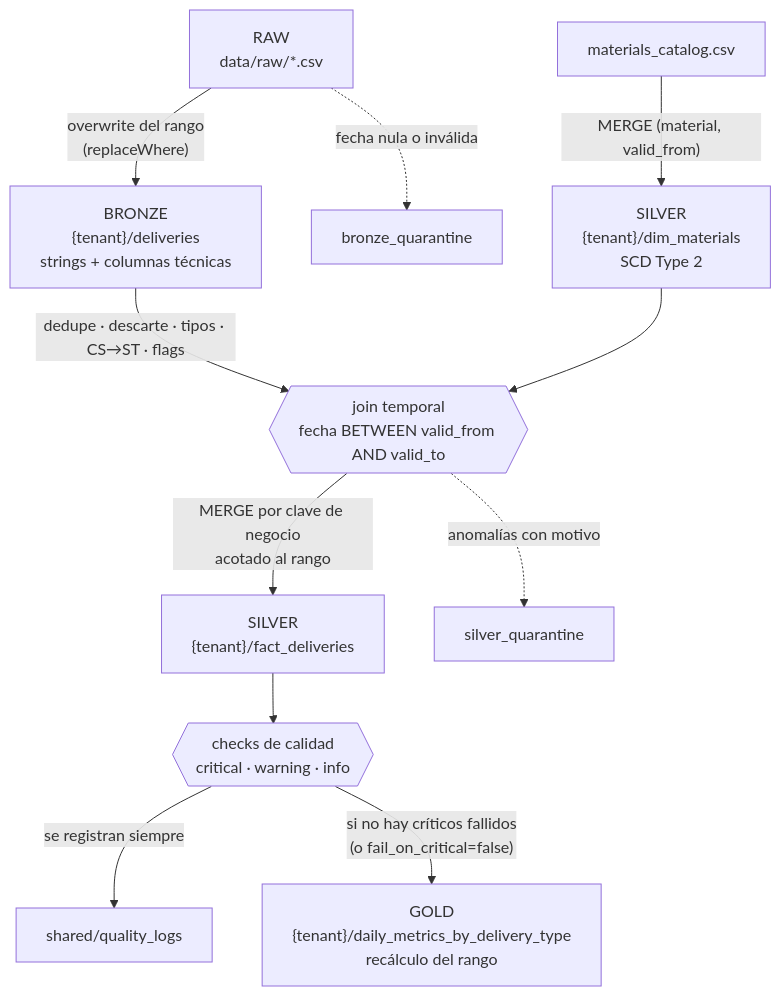
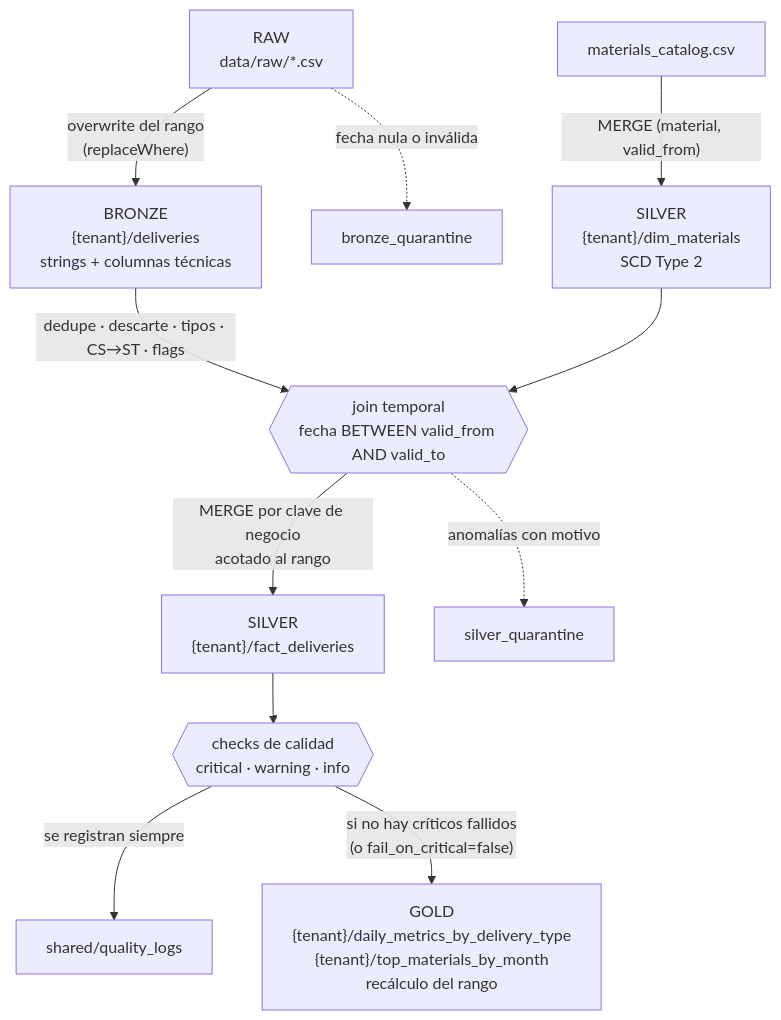
The diagram in README.md (OvaR82/saas-data-platform), drawn with Mermaid before and after one commit. The commit also changed other lines of this file, not shown here.

Commit message:
docs(readme): document the second Gold table

````diff
--- a/README.md
+++ b/README.md
@@ -130,13 +131,13 @@
 ```mermaid
 flowchart TD
     RAW["RAW<br/>data/raw/*.csv"] -->|"overwrite del rango<br/>(replaceWhere)"| BRONZE["BRONZE<br/>{tenant}/deliveries<br/>strings + columnas técnicas"]
     RAW -.->|"fecha nula o inválida"| BQ["bronze_quarantine"]
     CAT["materials_catalog.csv"] -->|"MERGE (material, valid_from)"| DIM["SILVER<br/>{tenant}/dim_materials<br/>SCD Type 2"]
     BRONZE -->|"dedupe · descarte · tipos · CS→ST · flags"| JOIN{{"join temporal<br/>fecha BETWEEN valid_from AND valid_to"}}
     DIM --> JOIN
     JOIN -->|"MERGE por clave de negocio<br/>acotado al rango"| FACT["SILVER<br/>{tenant}/fact_deliveries"]
     JOIN -.->|"anomalías con motivo"| SQ["silver_quarantine"]
     FACT --> CHECKS{{"checks de calidad<br/>critical · warning · info"}}
     CHECKS -->|"se registran siempre"| QL["shared/quality_logs"]
-    CHECKS -->|"si no hay críticos fallidos<br/>(o fail_on_critical=false)"| GOLD["GOLD<br/>{tenant}/daily_metrics_by_delivery_type<br/>recálculo del rango"]
+    CHECKS -->|"si no hay críticos fallidos<br/>(o fail_on_critical=false)"| GOLD["GOLD<br/>{tenant}/daily_metrics_by_delivery_type<br/>{tenant}/top_materials_by_month<br/>recálculo del rango"]
 ```
````
